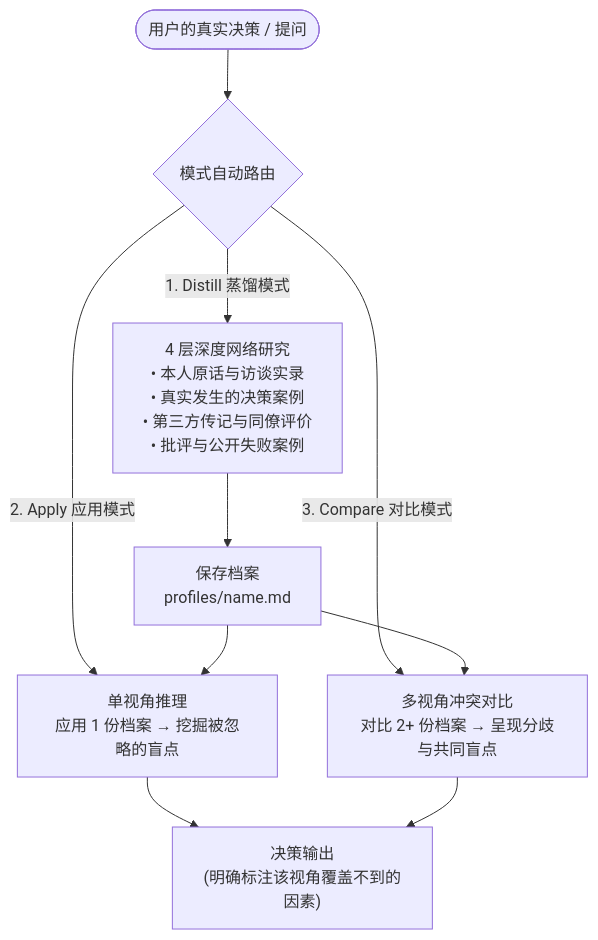
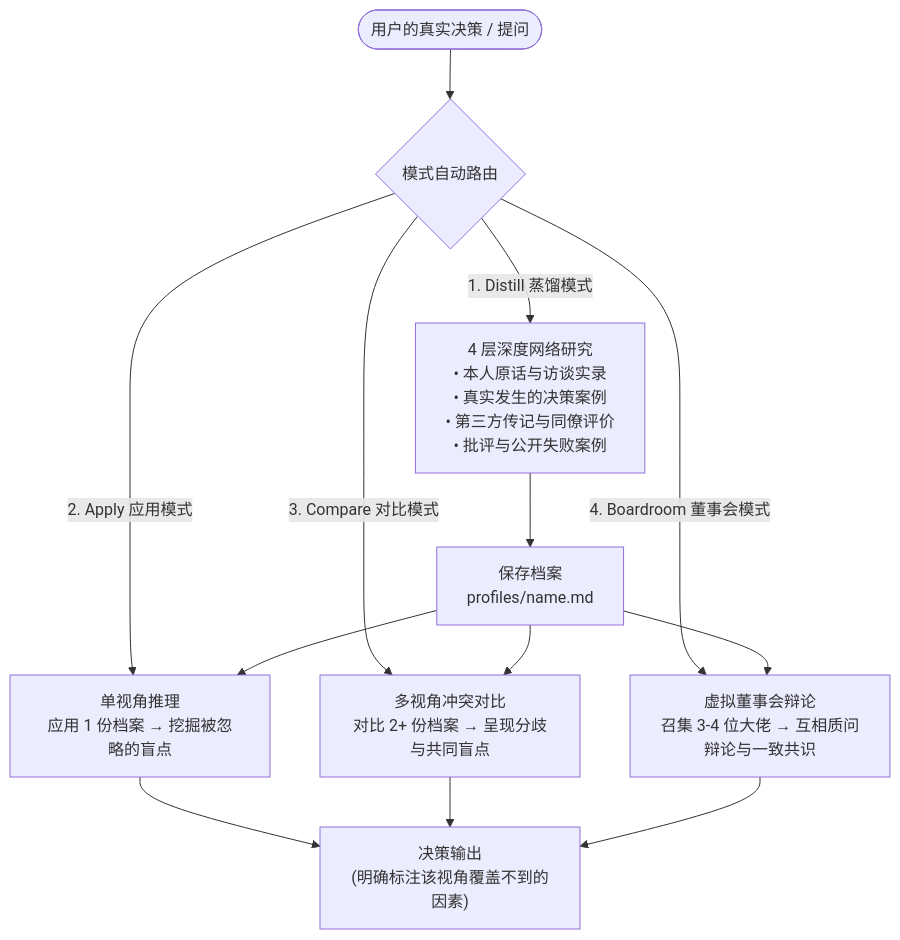
The diagram in README.zh-CN.md (DOTfei/borrowed-brain-pro), drawn with Mermaid before and after one commit. The commit also changed other lines of this file and 4 other files, not shown here.

Commit message:
feat: add Boardroom Mode for interactive 4-figure virtual board debates and cross-examination

````diff
--- a/README.zh-CN.md
+++ b/README.zh-CN.md
@@ -34,17 +34,21 @@
 ```mermaid
 flowchart TD
     User(["用户的真实决策 / 提问"]) --> Router{"模式自动路由"}
 
     Router -->|1. Distill 蒸馏模式| Distill["4 层深度网络研究\n• 本人原话与访谈实录\n• 真实发生的决策案例\n• 第三方传记与同僚评价\n• 批评与公开失败案例"]
     Distill --> Save["保存档案\nprofiles/name.md"]
 
     Router -->|2. Apply 应用模式| Apply["单视角推理\n应用 1 份档案 → 挖掘被忽略的盲点"]
 
     Router -->|3. Compare 对比模式| Compare["多视角冲突对比\n对比 2+ 份档案 → 呈现分歧与共同盲点"]
 
+    Router -->|4. Boardroom 董事会模式| Boardroom["虚拟董事会辩论\n召集 3-4 位大佬 → 互相质问辩论与一致共识"]
+
     Save --> Apply
     Save --> Compare
+    Save --> Boardroom
 
     Apply --> Output["决策输出\n(明确标注该视角覆盖不到的因素)"]
     Compare --> Output
+    Boardroom --> Output
 ```
````
